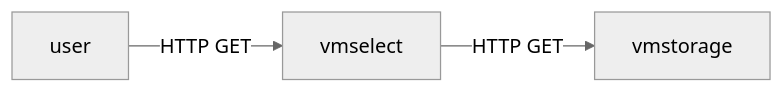
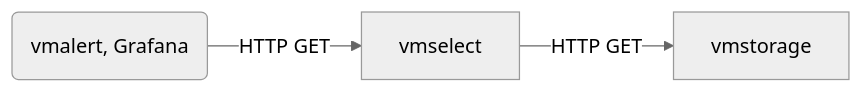
The second of 2 diagrams in README.md (game-kustomize/victoriametrics), drawn with Mermaid (neutral theme) before and after one commit. The commit also changed other lines of this file, not shown here.

````diff
--- a/README.md
+++ b/README.md
@@ -23,5 +24,5 @@
 ```mermaid
 graph LR
-user -- HTTP GET --> vmselect
+client(vmalert, Grafana) -- HTTP GET --> vmselect
 vmselect -- HTTP GET --> vmstorage
 ```
````
